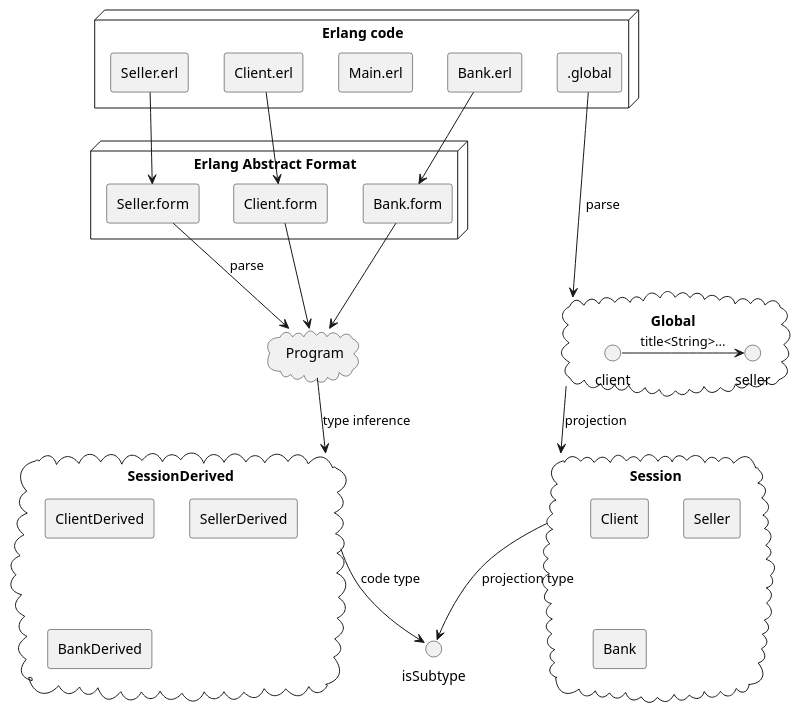
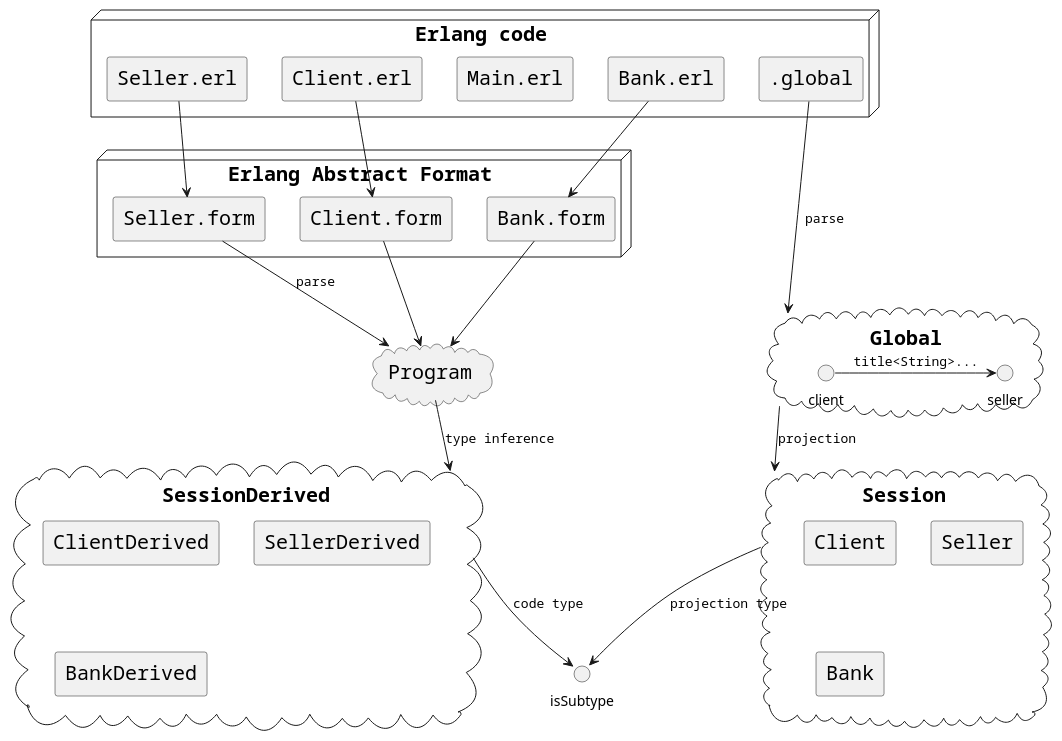
One commit to 20001327/sessiontypechecker changed the diagram in UML/aspects.puml. Above: the diagram before and after it, drawn with PlantUML.

Commit message:
aspect uml

```diff
--- a/UML/aspects.puml
+++ b/UML/aspects.puml
@@ -1,52 +1,70 @@
 @startuml
 'https://plantuml.com/component-diagram
+skinparam classFontName Courier
 skinparam componentStyle rectangle
+skinparam componentFontName Courier
+skinparam rectangleFontName Courier
+skinparam circledCharacterFontName Courier
+skinparam arrowFontName Courier
+skinparam component {
+  FontSize 20
+  FontName Courier
+}
 
+skinparam cloud{
+  FontSize 20
+  FontName Courier
+}
+
+skinparam node{
+  FontSize 20
+  FontName Courier
+}
 
 node "Erlang code"{
     [Client.erl]
     [Seller.erl]
     [Main.erl]
     [Bank.erl]
     [.global]
 }
 
 node "Erlang Abstract Format"{
     [Client.form]
     [Seller.form]
     [Bank.form]
 }
 
 [Bank.erl] --> [Bank.form]
 [Seller.erl] -> [Seller.form]
 [Client.erl] -> [Client.form]
 
 cloud "Program"
 cloud "Global"{
     client->seller:title<String>...
 }
 
 [Client.form] --> Program
 [Seller.form] --> Program:parse
 [Bank.form] --> Program
 [.global] --> Global:parse
 
 cloud "Session"{
     [Client]
     [Seller]
     [Bank]
 }
 
 cloud "SessionDerived"{
     [ClientDerived]
     [SellerDerived]
     [BankDerived]
 }
 
 Global --> Session:projection
 Program --> SessionDerived:type inference
 
 Session --> isSubtype:projection type
 SessionDerived --> isSubtype:code type
 
 @enduml
```
